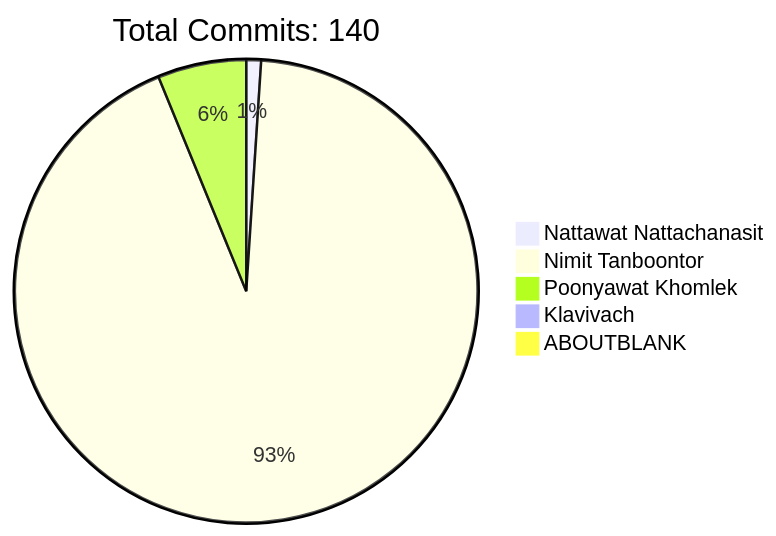
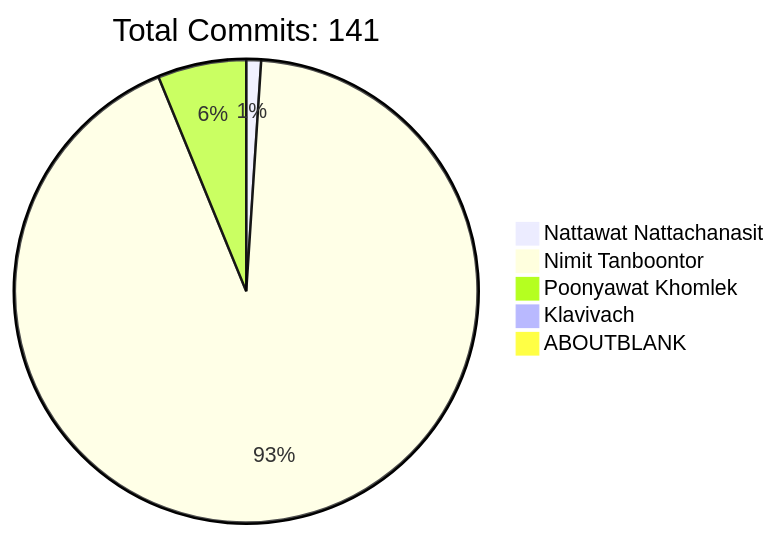
One commit to HLLC-MFU/HLLC-2025 changed the diagram in README.md. Above: the diagram before and after it, drawn with Mermaid. The commit also changed other lines of this file, not shown here.

````diff
--- a/README.md
+++ b/README.md
@@ -170,9 +170,9 @@
 ```mermaid
 pie
-    title Total Commits: 140
+    title Total Commits: 141
     "Nattawat Nattachanasit" : 1
     "Nimit Tanboontor" : 90
     "Poonyawat Khomlek" : 6
     "Klavivach" : 0
     "ABOUTBLANK" : 0
 ```
````
